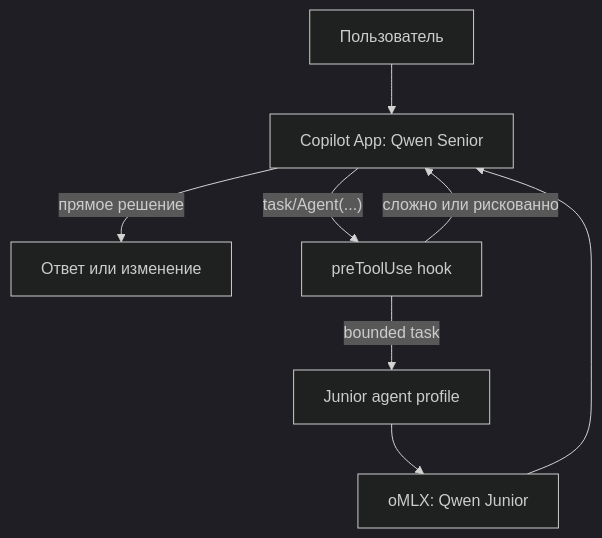
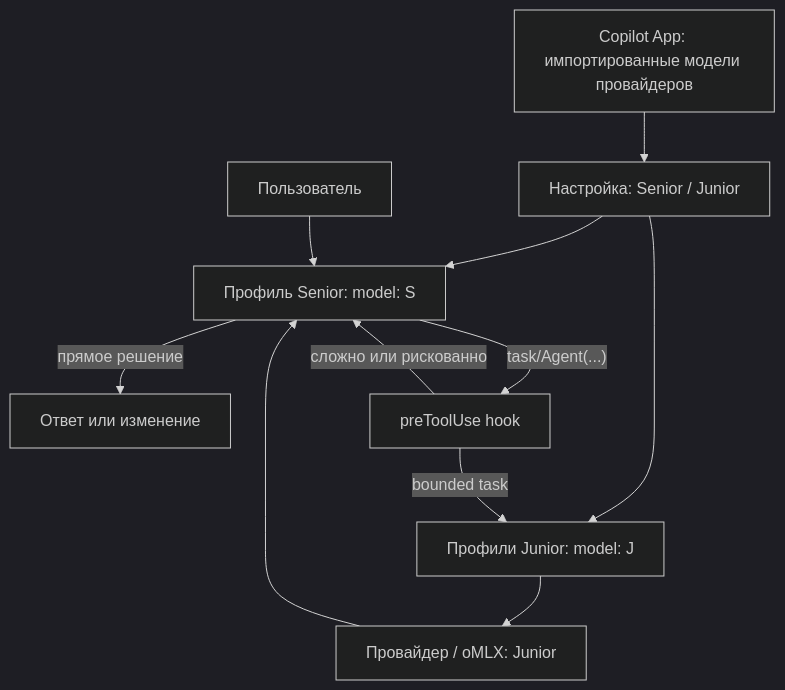
One commit to Aleksawka/local-model-router-plugin changed the diagram in ARCHITECTURE.md. Above: the diagram before and after it, drawn with Mermaid (dark theme). The commit also changed other lines of this file and 24 other files, not shown here.

First line of the commit message:
Add Senior/Junior assignment from Copilot-imported models.

````diff
--- a/ARCHITECTURE.md
+++ b/ARCHITECTURE.md
@@ -3,10 +3,13 @@
 ```mermaid
 flowchart TD
-    U["Пользователь"] --> S["Copilot App: Qwen Senior"]
+    P["Copilot App: импортированные модели провайдеров"] --> C["Настройка: Senior / Junior"]
+    C --> S["Профиль Senior: model: S"]
+    C --> J["Профили Junior: model: J"]
+    U["Пользователь"] --> S
     S -->|"прямое решение"| R["Ответ или изменение"]
     S -->|"task/Agent(...)"| H["preToolUse hook"]
     H -->|"сложно или рискованно"| S
-    H -->|"bounded task"| J["Junior agent profile"]
-    J --> O["oMLX: Qwen Junior"]
+    H -->|"bounded task"| J
+    J --> O["Провайдер / oMLX: Junior"]
     O --> S
 ```
````
